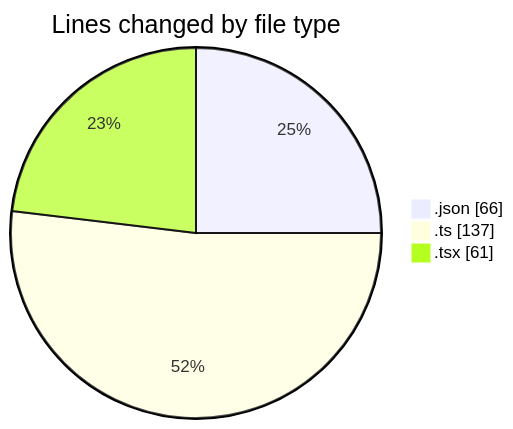
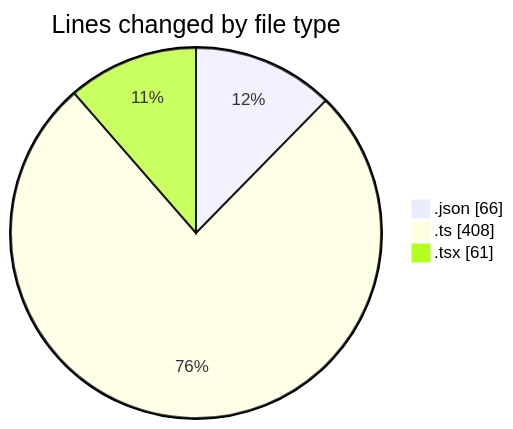
One commit to momahboobian/code-tracking changed the first of 2 diagrams in 2025-05-09/cda/README.md. Above: the diagram before and after it, drawn with Mermaid. The commit also changed other lines of this file and 1 other file, not shown here.

````diff
--- a/2025-05-09/cda/README.md
+++ b/2025-05-09/cda/README.md
@@ -22,7 +23,7 @@
 ```mermaid
 pie showData
 title Lines changed by file type
 ".json" : 66
-".ts" : 137
+".ts" : 408
 ".tsx" : 61
 ```
````
